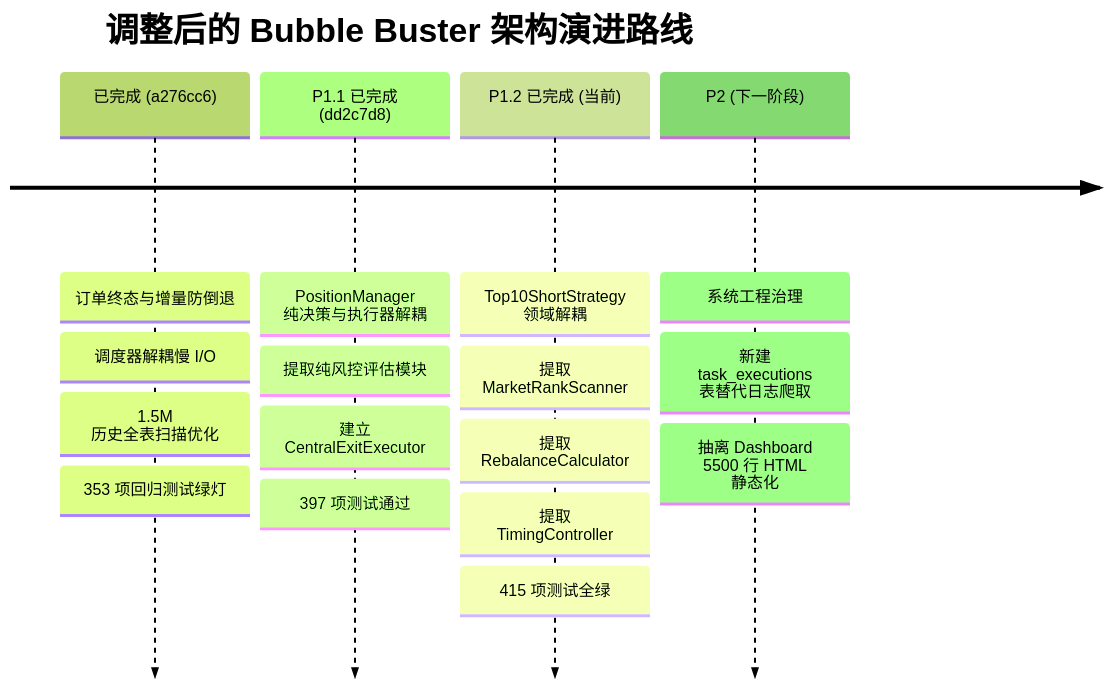
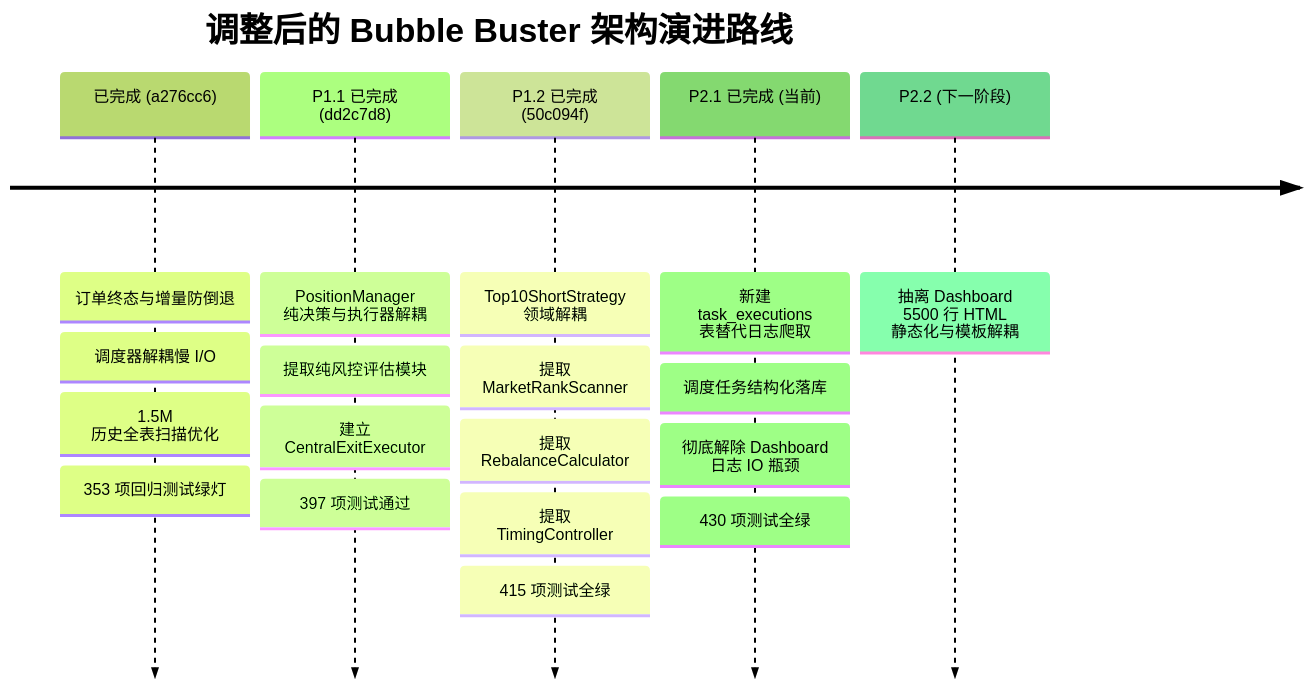
One commit to miracle-zs/bubble_buster changed the third of 4 diagrams in docs/ARCHITECTURE_REVIEW.md. Above: the diagram before and after it, drawn with Mermaid (forest theme). The commit also changed other lines of this file and 9 other files, not shown here.

First line of the commit message:
feat: Phase P2.1 - Task executions structured persistence to replace log scraping

````diff
--- a/docs/ARCHITECTURE_REVIEW.md
+++ b/docs/ARCHITECTURE_REVIEW.md
@@ -183,8 +183,9 @@
 ```mermaid
 timeline
     title 调整后的 Bubble Buster 架构演进路线
     已完成 (a276cc6) : 订单终态与增量防倒退 : 调度器解耦慢 I/O : 1.5M 历史全表扫描优化 : 353 项回归测试绿灯
     P1.1 已完成 (dd2c7d8) : PositionManager 纯决策与执行器解耦 : 提取纯风控评估模块 : 建立 CentralExitExecutor : 397 项测试通过
-    P1.2 已完成 (当前) : Top10ShortStrategy 领域解耦 : 提取 MarketRankScanner : 提取 RebalanceCalculator : 提取 TimingController : 415 项测试全绿
-    P2 (下一阶段) : 系统工程治理 : 新建 task_executions 表替代日志爬取 : 抽离 Dashboard 5500 行 HTML 静态化
+    P1.2 已完成 (50c094f) : Top10ShortStrategy 领域解耦 : 提取 MarketRankScanner : 提取 RebalanceCalculator : 提取 TimingController : 415 项测试全绿
+    P2.1 已完成 (当前) : 新建 task_executions 表替代日志爬取 : 调度任务结构化落库 : 彻底解除 Dashboard 日志 IO 瓶颈 : 430 项测试全绿
+    P2.2 (下一阶段) : 抽离 Dashboard 5500 行 HTML 静态化与模板解耦
 ```
````
